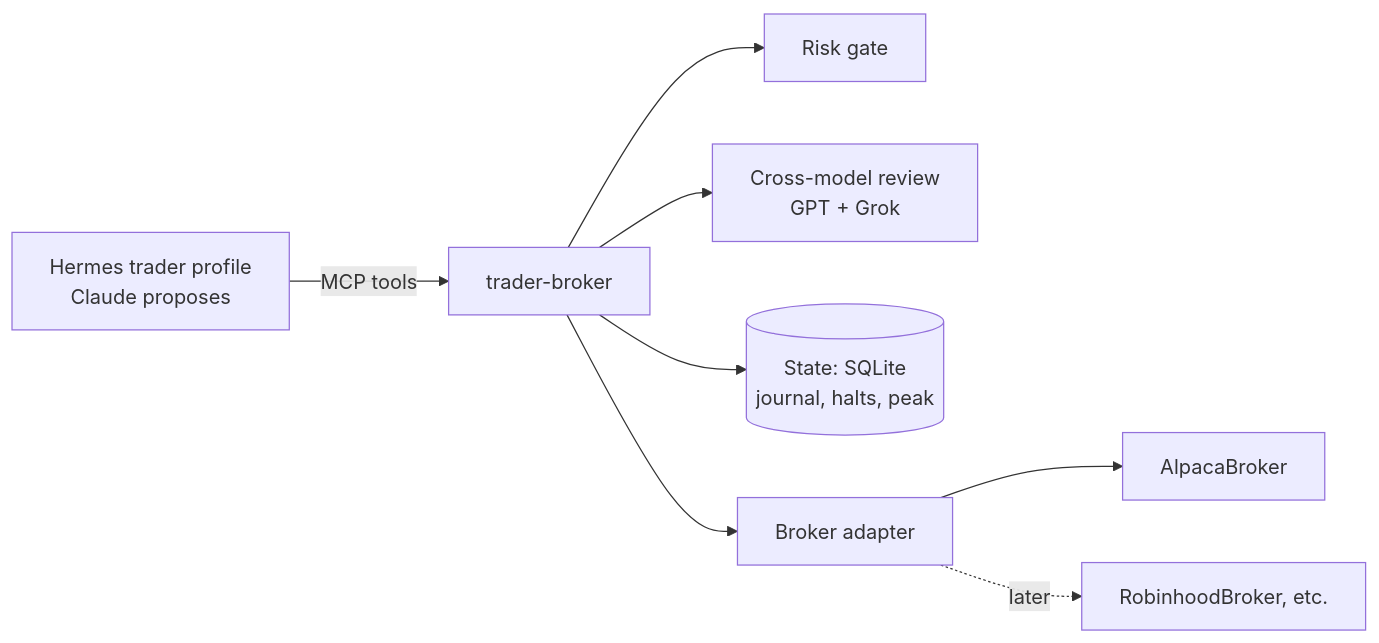
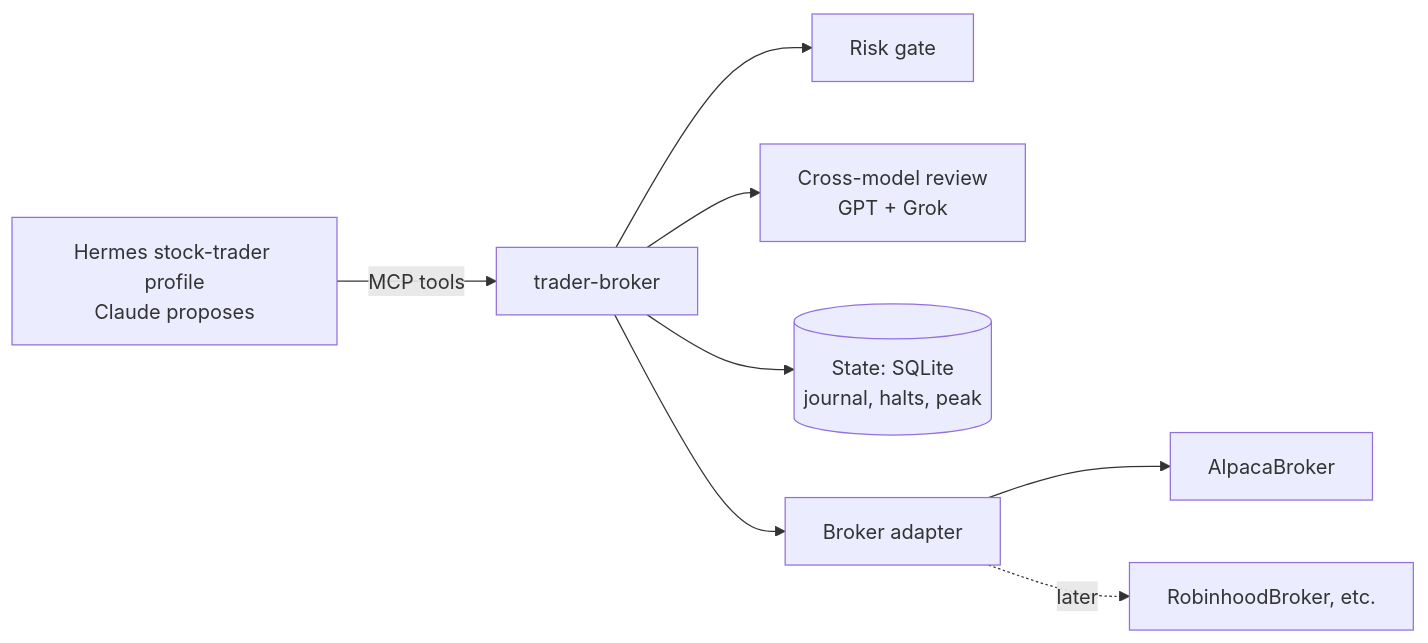
The fourth of 9 diagrams in specs/hermes-trader-profile/master-plan.md (robsgreen/hermes-stock-trader), drawn with Mermaid before and after one commit. The commit also changed other lines of this file and 2 other files, not shown here.

Commit message:
sdlc: hermes-trader-profile: Phase -> Task Generation

````diff
--- a/specs/hermes-trader-profile/master-plan.md
+++ b/specs/hermes-trader-profile/master-plan.md
@@ -67,10 +67,10 @@
 ```mermaid
 flowchart LR
-  H[Hermes trader profile<br/>Claude proposes] -->|MCP tools| TB[trader-broker]
+  H[Hermes stock-trader profile<br/>Claude proposes] -->|MCP tools| TB[trader-broker]
   TB --> RG[Risk gate]
   TB --> RV[Cross-model review<br/>GPT + Grok]
   TB --> ST[(State: SQLite<br/>journal, halts, peak)]
   TB --> BA[Broker adapter]
   BA --> AL[AlpacaBroker]
   BA -.later.-> RH[RobinhoodBroker, etc.]
 ```
````
